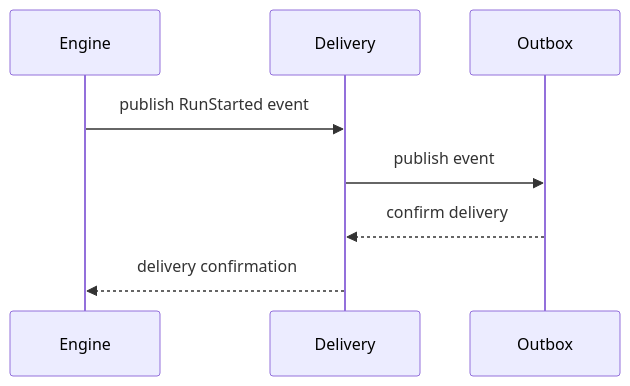
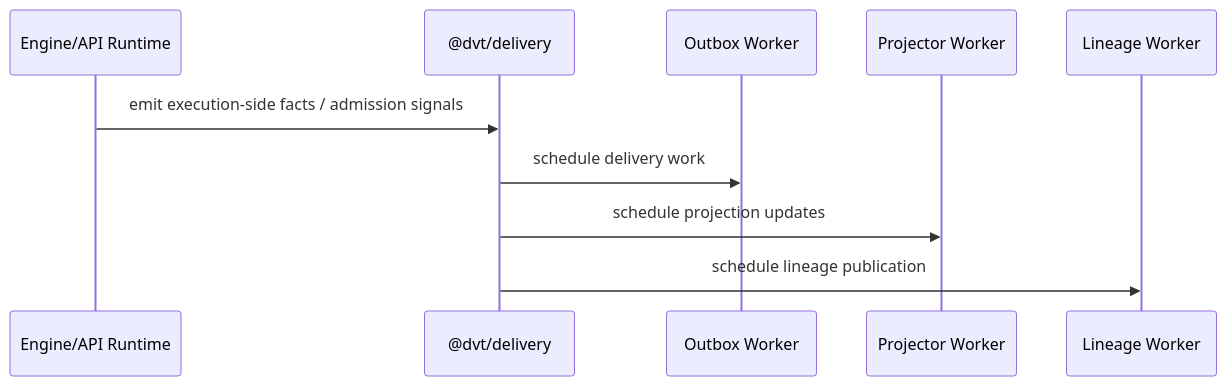
One commit to dunay2/dvt changed the diagram in docs/architecture/components/delivery/delivery-sequence.md. Above: the diagram before and after it, drawn with Mermaid. The commit also changed other lines of this file and 157 other files, not shown here.

Commit message:
docs(docs): Reconcile documentation architecture surfaces

````diff
--- a/docs/architecture/components/delivery/delivery-sequence.md
+++ b/docs/architecture/components/delivery/delivery-sequence.md
@@ -16,10 +16,13 @@
 ```mermaid
 sequenceDiagram
-  participant Engine
-  participant Delivery
-  participant Outbox
-  Engine->>Delivery: publish RunStarted event
-  Delivery->>Outbox: publish event
-  Outbox-->>Delivery: confirm delivery
-  Delivery-->>Engine: delivery confirmation
+  participant Runtime as Engine/API Runtime
+  participant Delivery as @dvt/delivery
+  participant Outbox as Outbox Worker
+  participant Projector as Projector Worker
+  participant Lineage as Lineage Worker
+
+  Runtime->>Delivery: emit execution-side facts / admission signals
+  Delivery->>Outbox: schedule delivery work
+  Delivery->>Projector: schedule projection updates
+  Delivery->>Lineage: schedule lineage publication
 ```
````
